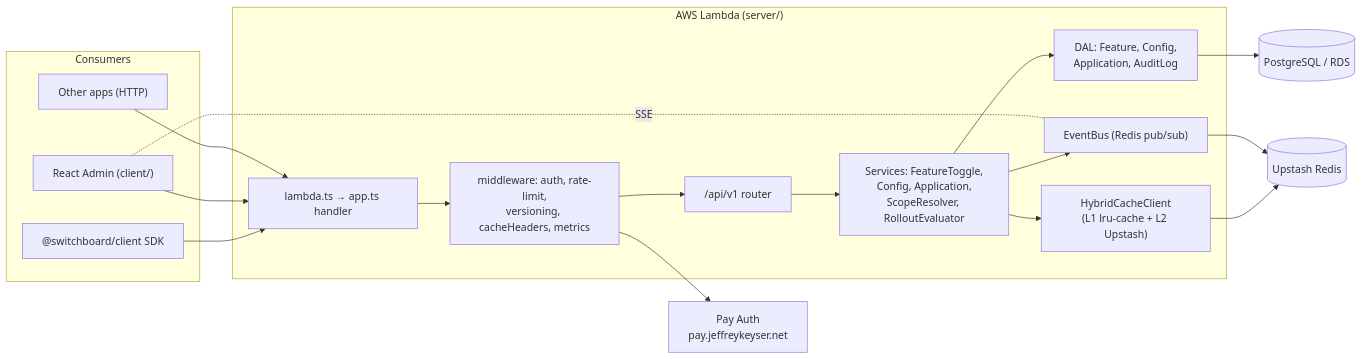
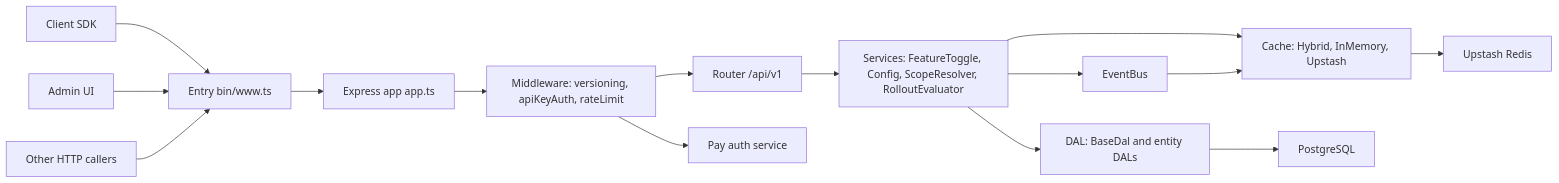
One commit to Jeffrey-Keyser/project-wiki changed the diagram in content/repos/Jeffrey-Keyser-Switchboard/Architecture.md. Above: the diagram before and after it, drawn with Mermaid. The commit also changed other lines of this file and 150 other files, not shown here.

````diff
--- a/content/repos/Jeffrey-Keyser-Switchboard/Architecture.md
+++ b/content/repos/Jeffrey-Keyser-Switchboard/Architecture.md
@@ -12,33 +12,31 @@
 ```mermaid
 flowchart LR
-  subgraph Consumers
-    SDK["@switchboard/client SDK"]
-    Admin["React Admin (client/)"]
-    Other["Other apps (HTTP)"]
-  end
-
-  subgraph Lambda["AWS Lambda (server/)"]
-    Handler["lambda.ts → app.ts handler"]
-    V1["/api/v1 router"]
-    Mw["middleware: auth, rate-limit,\nversioning, cacheHeaders, metrics"]
-    Svc["Services: FeatureToggle,\nConfig, Application,\nScopeResolver, RolloutEvaluator"]
-    Cache["HybridCacheClient\n(L1 lru-cache + L2 Upstash)"]
-    Bus["EventBus (Redis pub/sub)"]
-    DAL["DAL: Feature, Config,\nApplication, AuditLog"]
-  end
-
-  PG[(PostgreSQL / RDS)]
-  Redis[(Upstash Redis)]
-  Pay["Pay Auth\npay.jeffreykeyser.net"]
-
-  SDK --> Handler
-  Admin --> Handler
-  Other --> Handler
-  Handler --> Mw --> V1 --> Svc
-  Svc --> Cache
-  Svc --> DAL --> PG
-  Cache --> Redis
-  Svc --> Bus --> Redis
-  Mw --> Pay
-  Admin -. SSE .- Bus
+  sdk["Client SDK"]
+  admin["Admin UI"]
+  apps["Other HTTP callers"]
+  www["Entry bin/www.ts"]
+  app["Express app app.ts"]
+  mw["Middleware: versioning, apiKeyAuth, rateLimit"]
+  v1["Router /api/v1"]
+  svc["Services: FeatureToggle, Config, ScopeResolver, RolloutEvaluator"]
+  bus["EventBus"]
+  cache["Cache: Hybrid, InMemory, Upstash"]
+  dal["DAL: BaseDal and entity DALs"]
+  pg["PostgreSQL"]
+  upstash["Upstash Redis"]
+  pay["Pay auth service"]
+  sdk --> www
+  admin --> www
+  apps --> www
+  www --> app
+  app --> mw
+  mw --> v1
+  mw --> pay
+  v1 --> svc
+  svc --> bus
+  svc --> cache
+  svc --> dal
+  bus --> cache
+  cache --> upstash
+  dal --> pg
 ```
````
